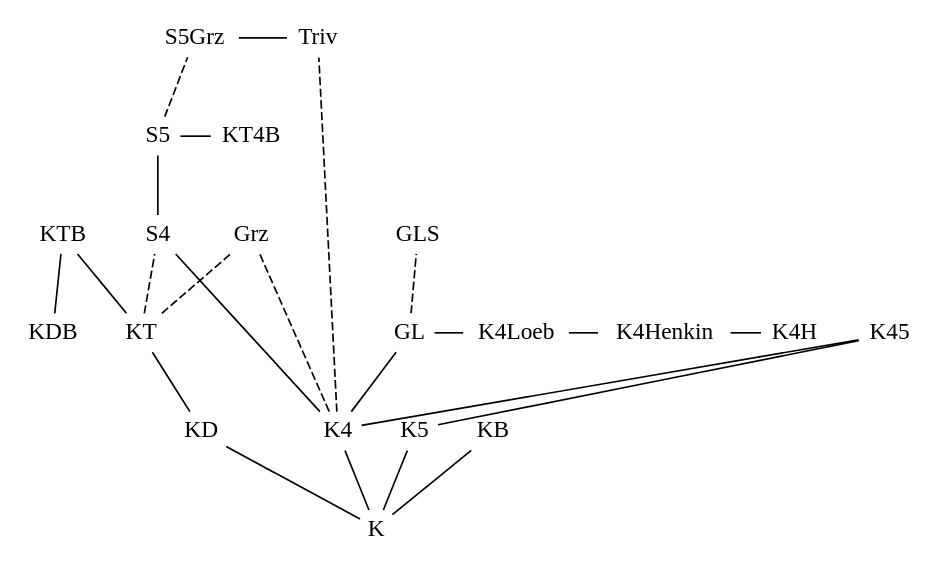
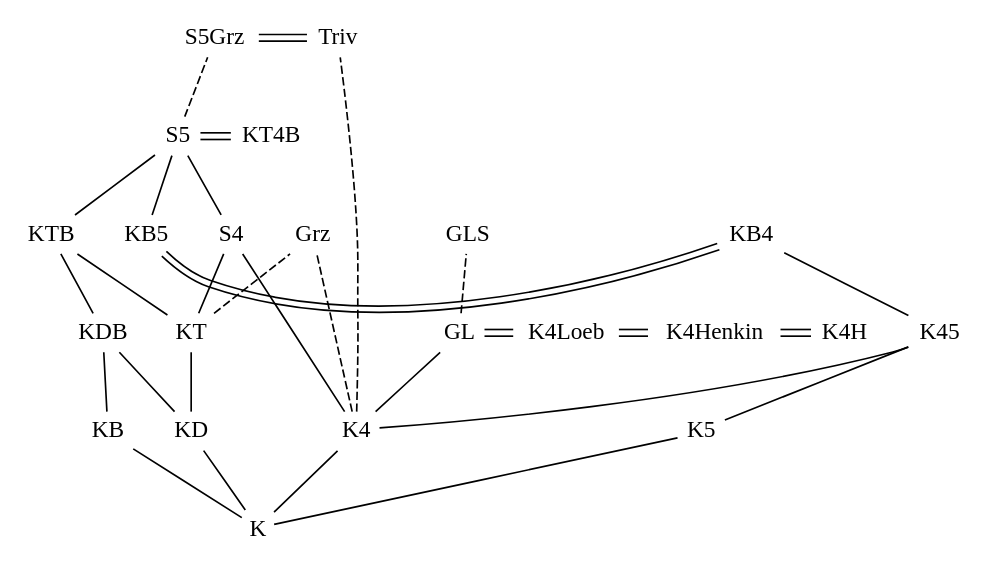
Before and after one commit to FormalizedFormalLogic/LogicsKite: the diagram in kite.dot, drawn with Graphviz.

```diff
--- a/kite.dot
+++ b/kite.dot
@@ -1,71 +1,80 @@
 digraph {
   graph[
-    rankdir = BT;
-    splines = line;
+    rankdir = BT; 
   ]
 
   node [
     shape=plaintext
     margin=0.05
     width=0
     height=0
   ];
 
   edge [
     style = solid
     arrowhead = none
   ];
 
   GL;
   GLS;
   Grz;
   K;
   K4;
   K45;
   K4H;
   K4Henkin;
   K4Loeb;
   K5;
   KB;
+  KB4;
+  KB5;
   KD;
   KDB;
   KT;
   KT4B;
   KTB;
   S4;
   S5;
   S5Grz;
   Triv;
    
   {rank = same; GL; K4Loeb; K4Henkin; K4H;}
-  GL -> K4Loeb [arrowhead = none];
-  K4Loeb -> K4Henkin [arrowhead = none];
-  K4Henkin -> K4H [arrowhead = none];
+  GL -> K4Loeb [color = "black:invis:black"];
+  K4Loeb -> K4Henkin [color = "black:invis:black"];
+  K4Henkin -> K4H [color = "black:invis:black"];
 
   {rank = same; K4; KB; K5; K4}
 
   {rank = same; S5; KT4B;}
-  S5 -> KT4B [arrowhead = none];
+  S5 -> KT4B [color = "black:invis:black"];
 
   {rank = same; S5Grz; Triv;}
-  S5Grz -> Triv [arrowhead = none];
+  S5Grz -> Triv [color = "black:invis:black"];
+
+  {rank = same; KB4; KB5;}
+  KB4 -> KB5 [color = "black:invis:black"];
 
   GL -> GLS [style = dashed];
   K -> K4
   K -> K5
   K -> KB
   K -> KD
   K4 -> GL 
   K4 -> Grz [style = dashed];
   K4 -> K45
   K4 -> S4
   K4 -> Triv [style = dashed];
   K5 -> K45
+  K45 -> KB4
+  KB5 -> S5
+  KTB -> S5
   KD -> KT
   KDB -> KTB 
   KT -> Grz [style = dashed];
   KT -> KTB
-  KT -> S4 [style = dashed];
+  KT -> S4;
   S4 -> S5
   S5 -> S5Grz [style = dashed] 
+  KD -> KDB
+  KB -> KDB
 } 
```
